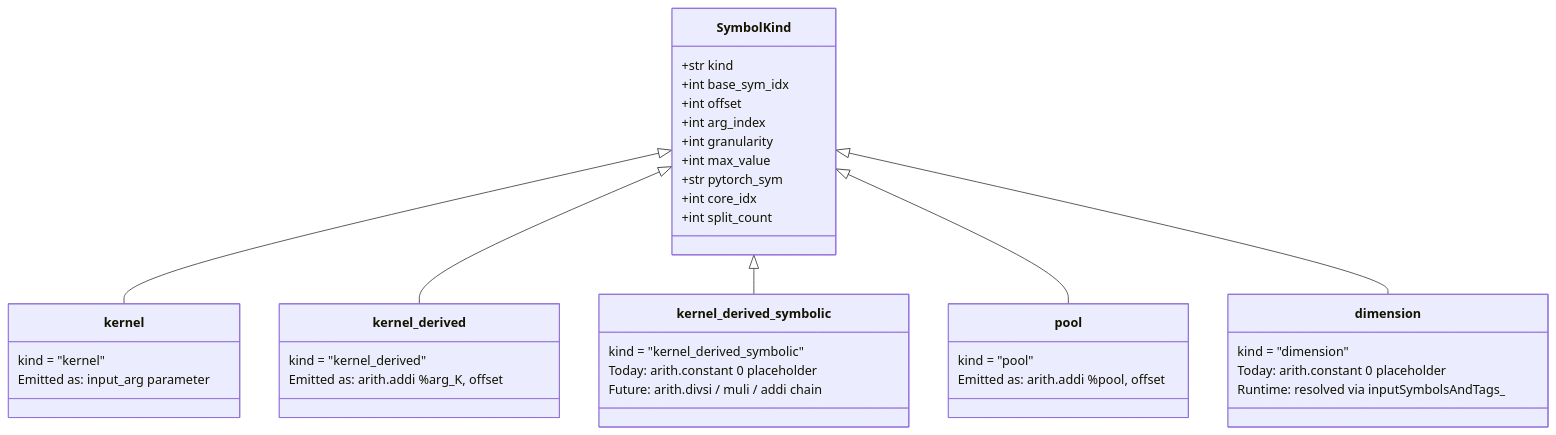
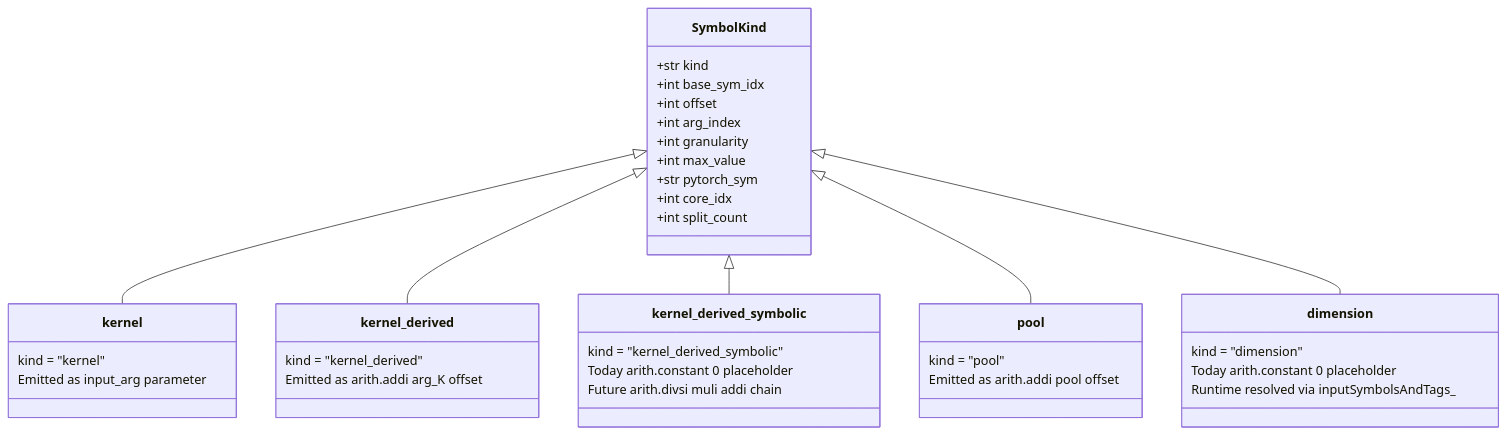
One commit to Vivek1258/torch-spyre changed the fifth of 5 diagrams in docs/source/compiler/Torch_Spyre_Dynamic_Shapes_Design.md. Above: the diagram before and after it, drawn with Mermaid. The commit also changed other lines of this file, not shown here.

````diff
--- a/docs/source/compiler/Torch_Spyre_Dynamic_Shapes_Design.md
+++ b/docs/source/compiler/Torch_Spyre_Dynamic_Shapes_Design.md
@@ -296,47 +327,47 @@
 ```mermaid
 classDiagram
     class SymbolKind {
         +str kind
         +int base_sym_idx
         +int offset
         +int arg_index
         +int granularity
         +int max_value
         +str pytorch_sym
         +int core_idx
         +int split_count
     }
 
     class kernel {
         kind = "kernel"
-        Emitted as: input_arg parameter
+        Emitted as input_arg parameter
     }
 
     class kernel_derived {
         kind = "kernel_derived"
-        Emitted as: arith.addi %arg_K, offset
+        Emitted as arith.addi arg_K offset
     }
 
     class kernel_derived_symbolic {
         kind = "kernel_derived_symbolic"
-        Today: arith.constant 0 placeholder
-        Future: arith.divsi / muli / addi chain
+        Today arith.constant 0 placeholder
+        Future arith.divsi muli addi chain
     }
 
     class pool {
         kind = "pool"
-        Emitted as: arith.addi %pool, offset
+        Emitted as arith.addi pool offset
     }
 
     class dimension {
         kind = "dimension"
-        Today: arith.constant 0 placeholder
-        Runtime: resolved via inputSymbolsAndTags_
+        Today arith.constant 0 placeholder
+        Runtime resolved via inputSymbolsAndTags_
     }
 
     SymbolKind <|-- kernel
     SymbolKind <|-- kernel_derived
     SymbolKind <|-- kernel_derived_symbolic
     SymbolKind <|-- pool
     SymbolKind <|-- dimension
 ```
````
